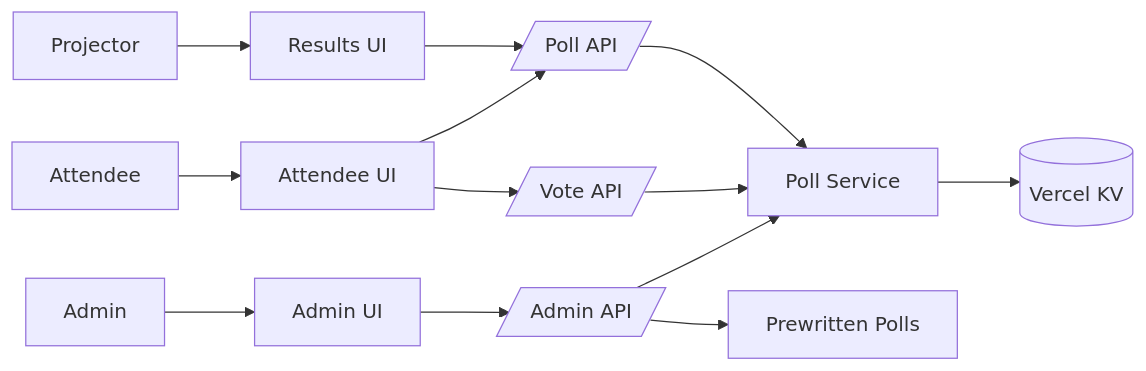
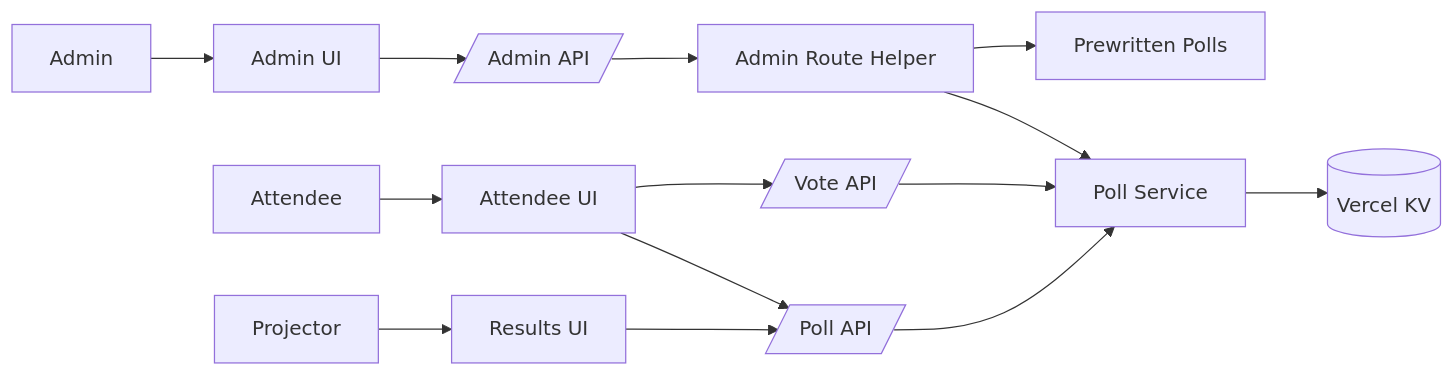
The first of 2 diagrams in ARCHITECTURE.md (grp06/live-polling), drawn with Mermaid before and after one commit. The commit also changed other lines of this file and 1 other file, not shown here.

Commit message:
Update architecture for admin route helper

````diff
--- a/ARCHITECTURE.md
+++ b/ARCHITECTURE.md
@@ -70,15 +71,16 @@
 ```mermaid
 flowchart LR
   AdminUser[Admin] --> AdminUI[Admin UI]
   Attendee[Attendee] --> AttendeeUI[Attendee UI]
   Projector[Projector] --> ResultsUI[Results UI]
   AdminUI --> AdminAPI[/Admin API/]
   AttendeeUI --> PollAPI[/Poll API/]
   AttendeeUI --> VoteAPI[/Vote API/]
   ResultsUI --> PollAPI
-  AdminAPI --> PollService[Poll Service]
+  AdminAPI --> AdminRoute[Admin Route Helper]
+  AdminRoute --> PollService[Poll Service]
   PollAPI --> PollService
   VoteAPI --> PollService
   PollService --> KV[(Vercel KV)]
-  AdminAPI --> Presets[Prewritten Polls]
+  AdminRoute --> Presets[Prewritten Polls]
 ```
````
